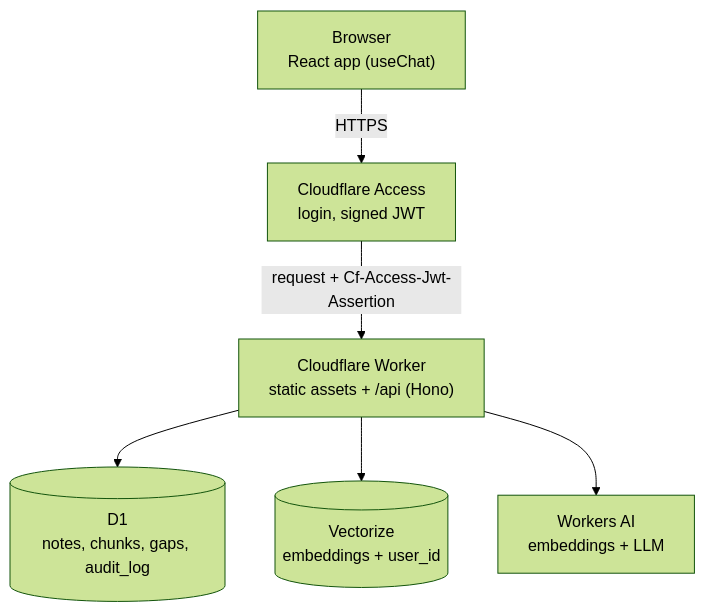
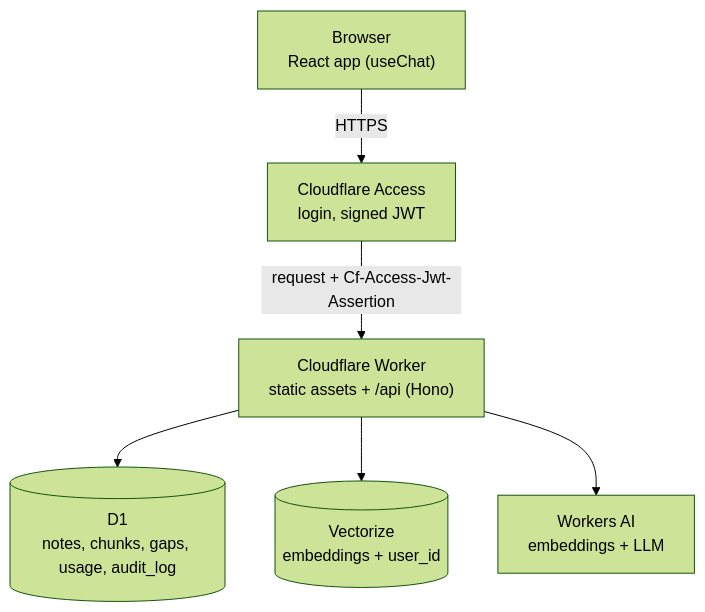
The diagram in README.md (sohanfernando/cloudflare-notes-ai), drawn with Mermaid (forest theme) before and after one commit. The commit also changed other lines of this file and 10 other files, not shown here.

Commit message:
feat: implement per-user limits for notes, chunks, and questions; add quota management and error handling

````diff
--- a/README.md
+++ b/README.md
@@ -21,15 +22,15 @@
 ```mermaid
 flowchart TD
     B["Browser<br/>React app (useChat)"]
     A["Cloudflare Access<br/>login, signed JWT"]
     W["Cloudflare Worker<br/>static assets + /api (Hono)"]
-    D[("D1<br/>notes, chunks, gaps, audit_log")]
+    D[("D1<br/>notes, chunks, gaps, usage, audit_log")]
     V[("Vectorize<br/>embeddings + user_id")]
     AI["Workers AI<br/>embeddings + LLM"]
 
     B -->|HTTPS| A
     A -->|"request + Cf-Access-Jwt-Assertion"| W
     W --> D
     W --> V
     W --> AI
 ```
````
